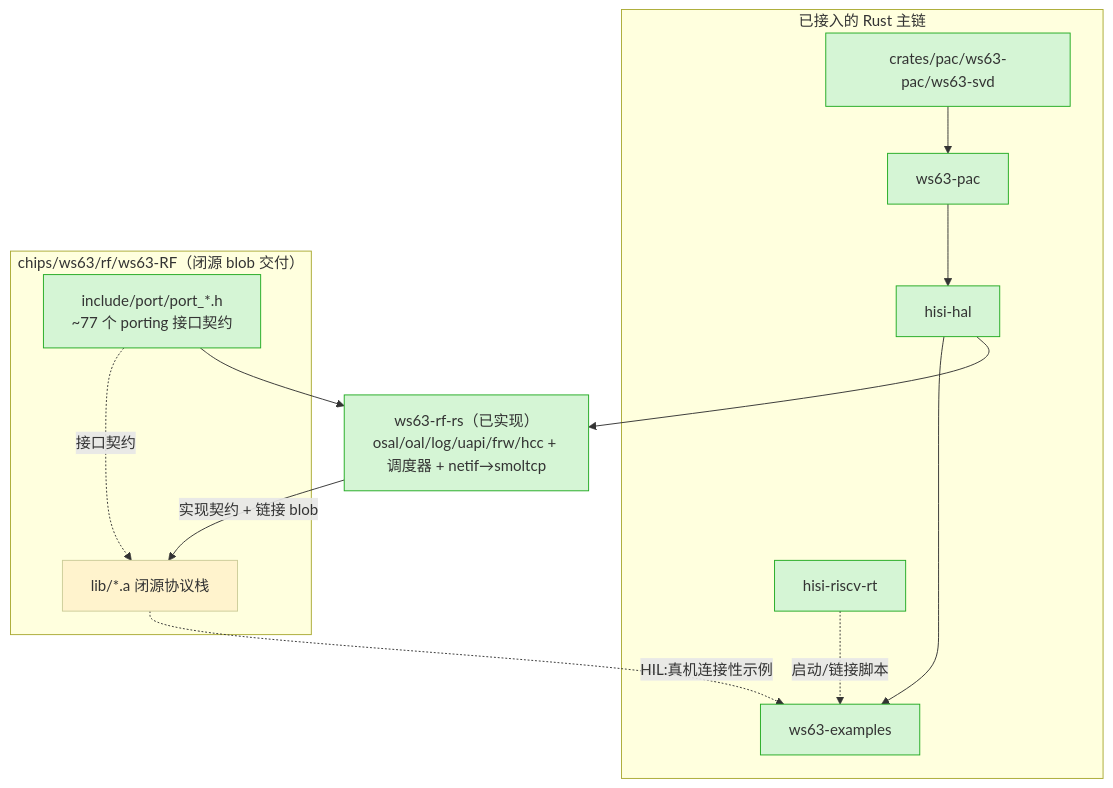
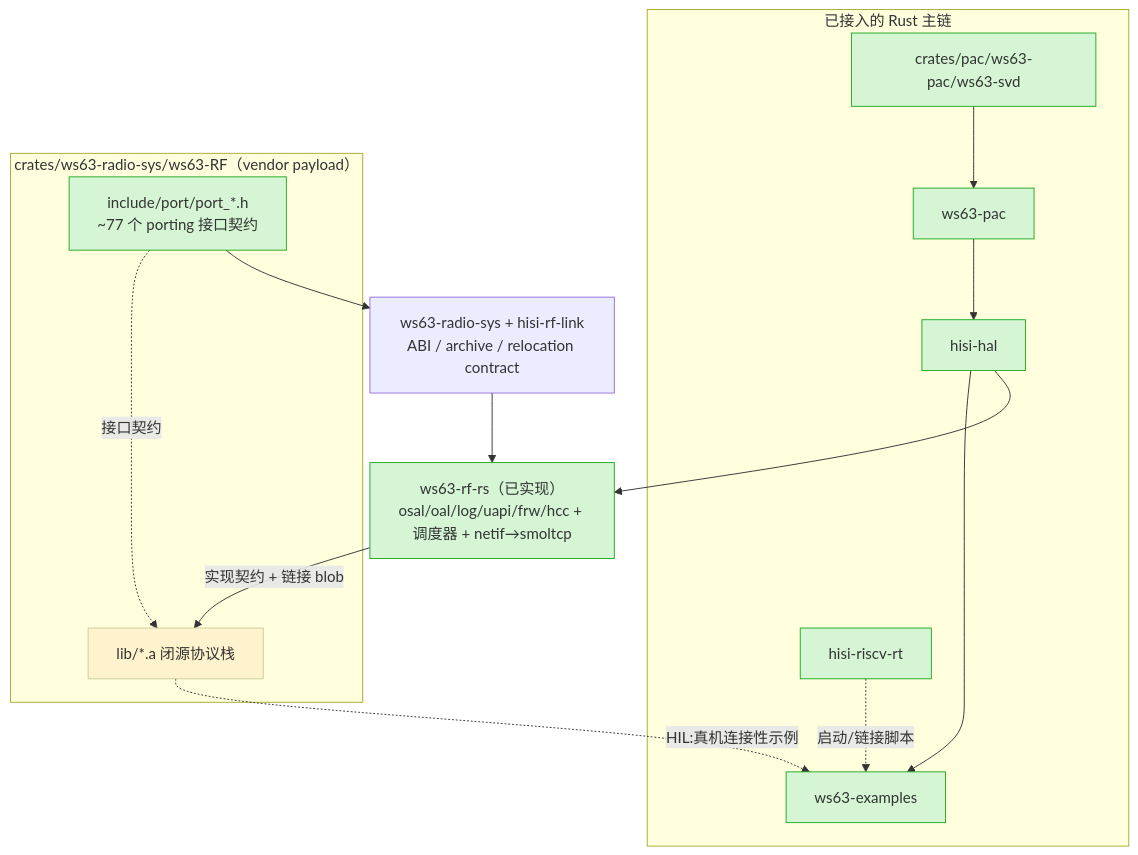
Before and after one commit to hispark-rs/hisi-riscv-rs: the diagram in docs/src/explanation/components/09-ws63-rf.md, drawn with Mermaid. The commit also changed other lines of this file and 9 other files, not shown here.

````diff
--- a/docs/src/explanation/components/09-ws63-rf.md
+++ b/docs/src/explanation/components/09-ws63-rf.md
@@ -24,24 +23,26 @@
 ```mermaid
 graph TD
     subgraph 主链["已接入的 Rust 主链"]
         SVD[crates/pac/ws63-pac/ws63-svd] --> PAC[ws63-pac]
         PAC --> HAL[hisi-hal]
         HAL --> EX[ws63-examples]
         RT[hisi-riscv-rt] -.启动/链接脚本.-> EX
     end
-    subgraph RF["chips/ws63/rf/ws63-RF（闭源 blob 交付）"]
+    subgraph RF["crates/ws63-radio-sys/ws63-RF（vendor payload）"]
         BLOB["lib/*.a 闭源协议栈"]
         PORT["include/port/port_*.h<br/>~77 个 porting 接口契约"]
         PORT -.接口契约.-> BLOB
     end
+    SYS["ws63-radio-sys + hisi-rf-link<br/>ABI / archive / relocation contract"]
     PLATFORM["ws63-rf-rs（已实现）<br/>osal/oal/log/uapi/frw/hcc + 调度器 + netif→smoltcp"]
     HAL --> PLATFORM
-    PORT --> PLATFORM
+    PORT --> SYS
+    SYS --> PLATFORM
     PLATFORM -->|实现契约 + 链接 blob| BLOB
     BLOB -.HIL:真机连接性示例.-> EX
 
     classDef done fill:#d5f5d5,stroke:#2a2;
     classDef hil fill:#fff3cd,stroke:#cc9;
     class SVD,PAC,HAL,EX,RT,PORT,PLATFORM done;
     class BLOB hil;
 ```
````
